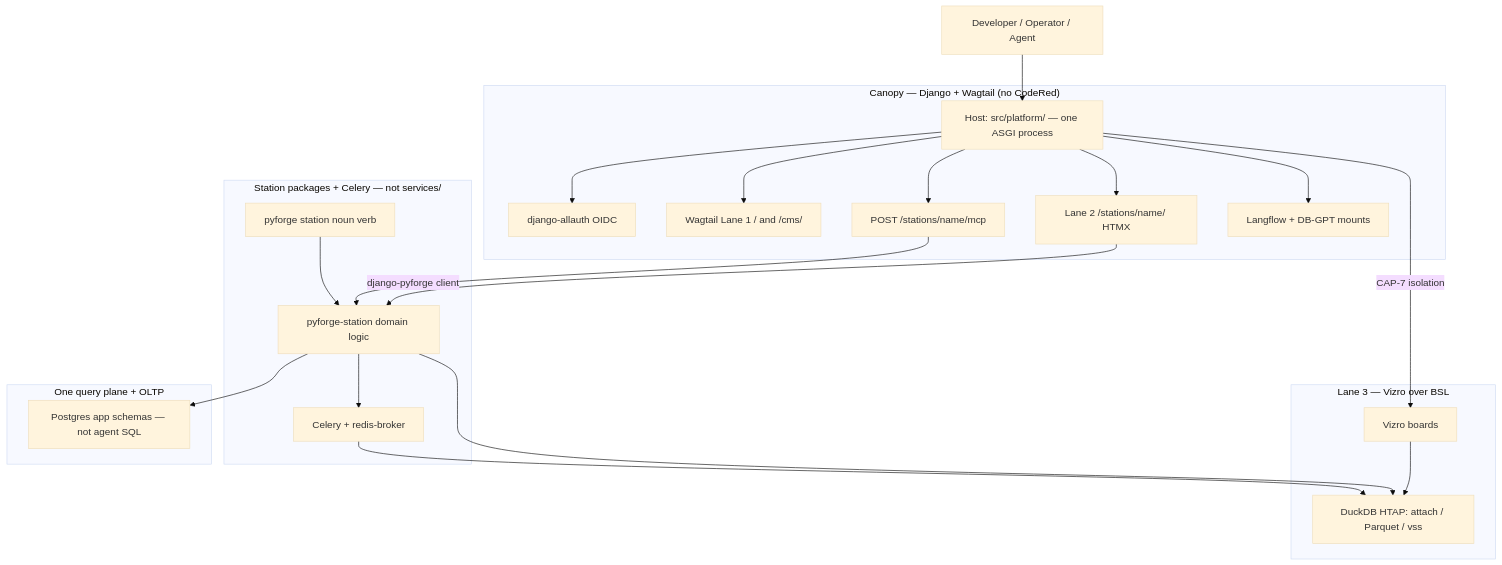
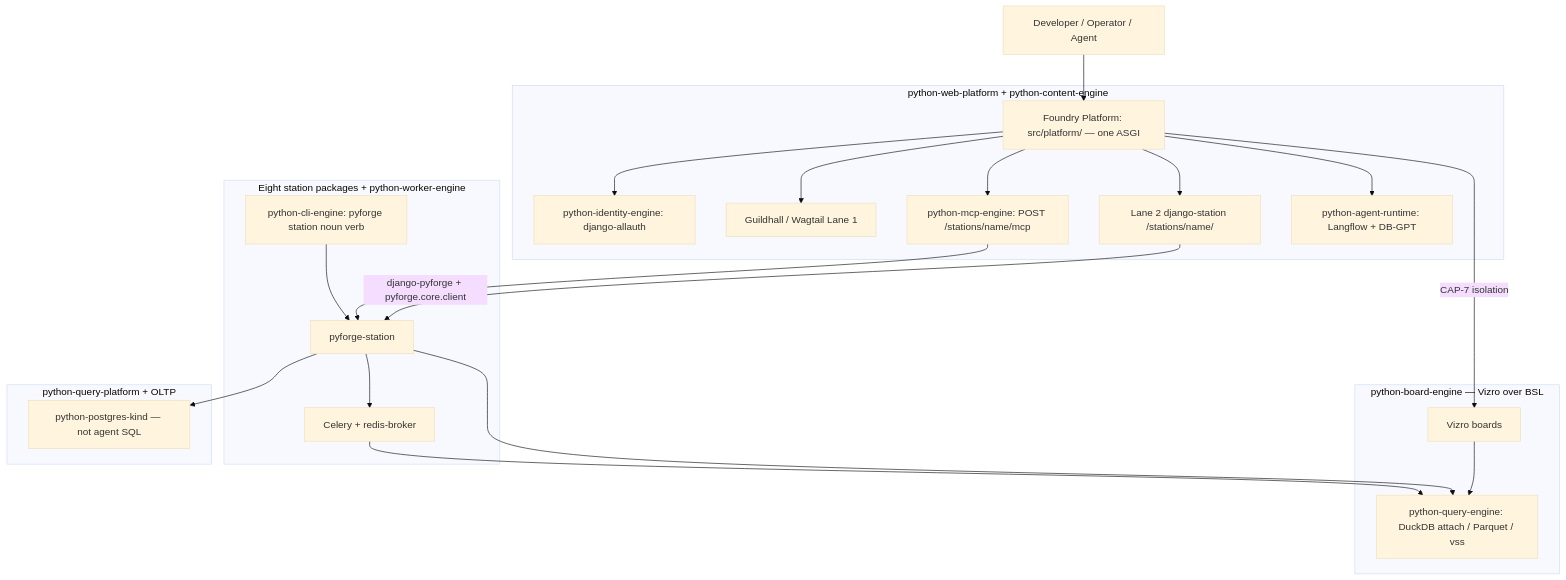
One commit to rxm7706/local-recipes changed the first of 13 diagrams in docs/dreams/pyforge-unifying-strategy.md. Above: the diagram before and after it, drawn with Mermaid (base theme). The commit also changed other lines of this file and 18 other files, not shown here.

````diff
--- a/docs/dreams/pyforge-unifying-strategy.md
+++ b/docs/dreams/pyforge-unifying-strategy.md
@@ -461,32 +493,32 @@
 ```mermaid
 graph TD
-    User["Developer / Operator / Agent"] --> FrontDoor["Host: src/platform/ — one ASGI process"]
+    User["Developer / Operator / Agent"] --> FrontDoor["Foundry Platform: src/platform/ — one ASGI"]
 
-    subgraph Host["Canopy — Django + Wagtail (no CodeRed)"]
-        FrontDoor --> Auth["django-allauth OIDC"]
-        FrontDoor --> CMS["Wagtail Lane 1 / and /cms/"]
-        FrontDoor --> Portals["Lane 2 /stations/name/ HTMX"]
-        FrontDoor --> MCP["POST /stations/name/mcp"]
-        FrontDoor --> AIEngines["Langflow + DB-GPT mounts"]
+    subgraph Host["python-web-platform + python-content-engine"]
+        FrontDoor --> Auth["python-identity-engine: django-allauth"]
+        FrontDoor --> CMS["Guildhall / Wagtail Lane 1"]
+        FrontDoor --> Portals["Lane 2 django-station /stations/name/"]
+        FrontDoor --> MCP["python-mcp-engine: POST /stations/name/mcp"]
+        FrontDoor --> Runtime["python-agent-runtime: Langflow + DB-GPT"]
     end
 
-    subgraph Compute["Station packages + Celery — not services/"]
-        Portals -->|"django-pyforge client"| Packages["pyforge-station domain logic"]
+    subgraph Compute["Eight station packages + python-worker-engine"]
+        Portals -->|"django-pyforge + pyforge.core.client"| Packages["pyforge-station"]
         MCP --> Packages
-        CLI["pyforge station noun verb"] --> Packages
+        CLI["python-cli-engine: pyforge station noun verb"] --> Packages
         Packages --> Workers["Celery + redis-broker"]
     end
 
-    subgraph Lane3["Lane 3 — Vizro over BSL"]
+    subgraph Lane3["python-board-engine — Vizro over BSL"]
         FrontDoor -->|"CAP-7 isolation"| Vizro["Vizro boards"]
         Vizro --> Plane
     end
 
-    subgraph Data["One query plane + OLTP"]
-        Plane["DuckDB HTAP: attach / Parquet / vss"]
-        OLTP["Postgres app schemas — not agent SQL"]
+    subgraph Data["python-query-platform + OLTP"]
+        Plane["python-query-engine: DuckDB attach / Parquet / vss"]
+        OLTP["python-postgres-kind — not agent SQL"]
         Packages --> Plane
         Packages --> OLTP
         Workers --> Plane
     end
 ```
````
